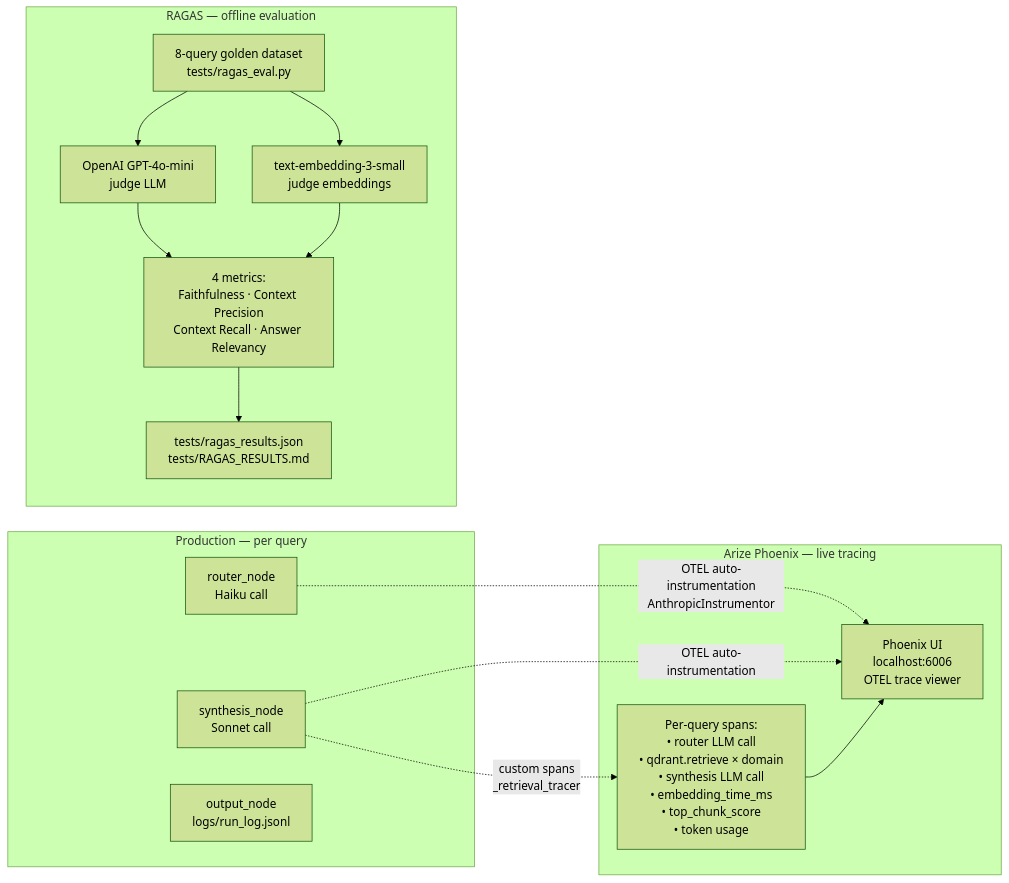
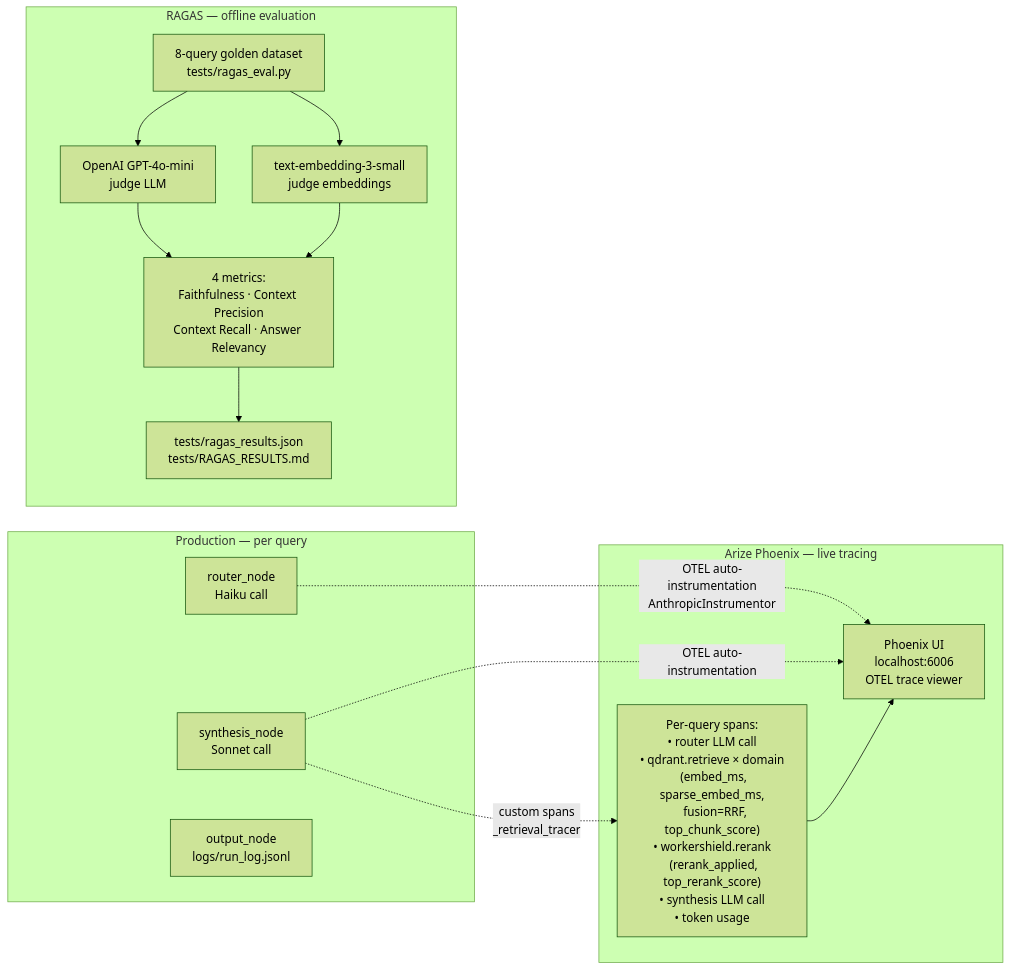
Before and after one commit to rajesh5983/workershield-v1: the sixth of 6 diagrams in docs/ARCHITECTURE.md, drawn with Mermaid (forest theme). The commit also changed other lines of this file and 2 other files, not shown here.

````diff
--- a/docs/ARCHITECTURE.md
+++ b/docs/ARCHITECTURE.md
@@ -290,31 +319,31 @@
 ```mermaid
 flowchart LR
     subgraph prod["Production — per query"]
         Router2["router_node\nHaiku call"]
         Synth2["synthesis_node\nSonnet call"]
         Log["output_node\nlogs/run_log.jsonl"]
     end
 
     subgraph phoenix["Arize Phoenix — live tracing"]
         PhoenixUI["Phoenix UI\nlocalhost:6006\nOTEL trace viewer"]
-        Spans["Per-query spans:\n• router LLM call\n• qdrant.retrieve × domain\n• synthesis LLM call\n• embedding_time_ms\n• top_chunk_score\n• token usage"]
+        Spans["Per-query spans:\n• router LLM call\n• qdrant.retrieve × domain\n  (embed_ms, sparse_embed_ms,\n   fusion=RRF, top_chunk_score)\n• workershield.rerank\n  (rerank_applied, top_rerank_score)\n• synthesis LLM call\n• token usage"]
     end
 
     subgraph ragas["RAGAS — offline evaluation"]
         GoldenSet["8-query golden dataset\ntests/ragas_eval.py"]
         Judge["OpenAI GPT-4o-mini\njudge LLM"]
         EmbedJudge["text-embedding-3-small\njudge embeddings"]
         Scores["4 metrics:\nFaithfulness · Context Precision\nContext Recall · Answer Relevancy"]
         Results["tests/ragas_results.json\ntests/RAGAS_RESULTS.md"]
     end
 
     Router2 -.->|OTEL auto-instrumentation\nAnthropicInstrumentor| PhoenixUI
     Synth2 -.->|OTEL auto-instrumentation| PhoenixUI
     Synth2 -.->|custom spans\n_retrieval_tracer| Spans
     Spans --> PhoenixUI
 
     GoldenSet --> Judge
     GoldenSet --> EmbedJudge
     Judge & EmbedJudge --> Scores
     Scores --> Results
 ```
````
